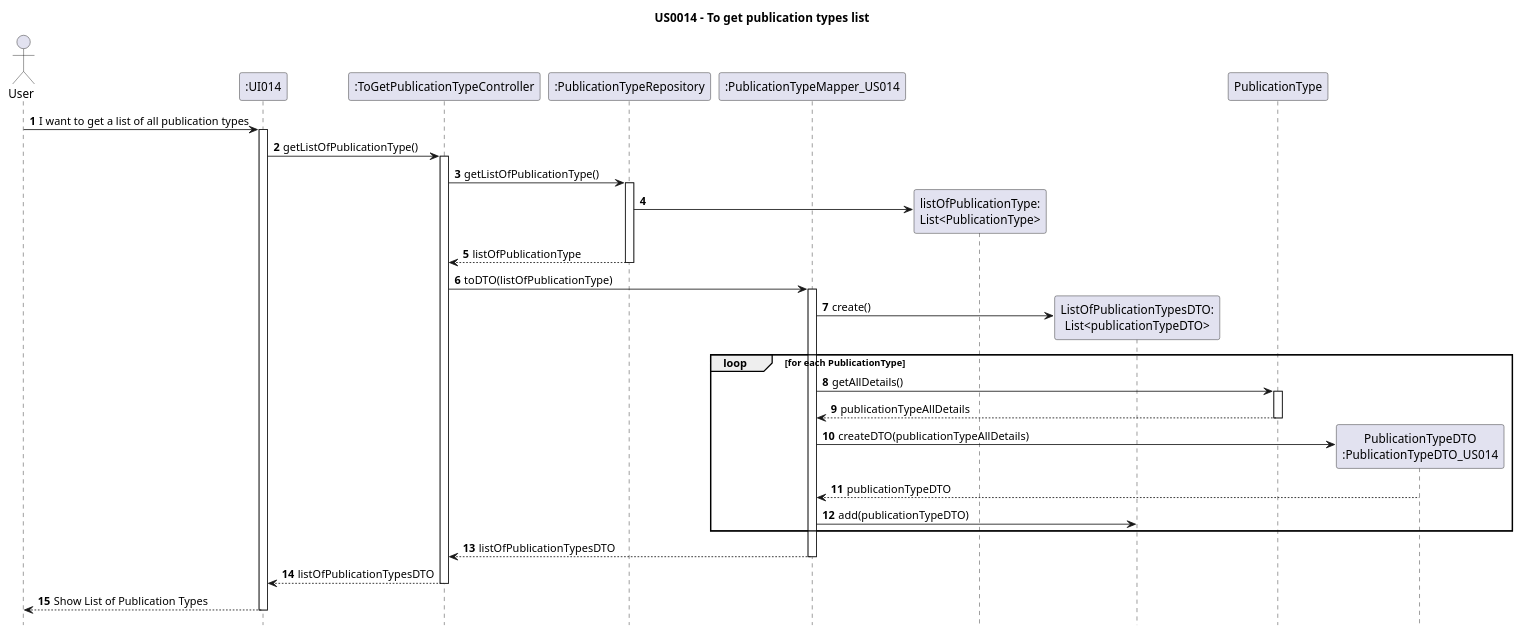
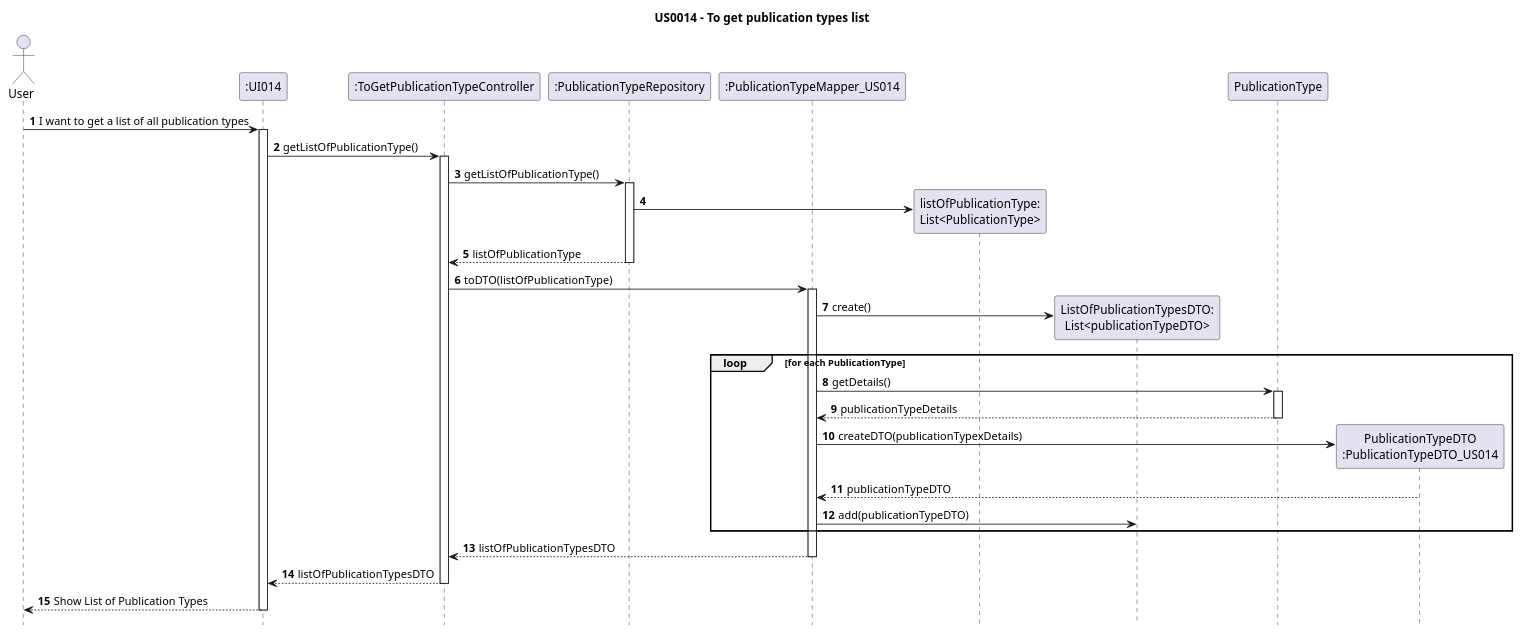
One commit to AndrePereiraGitH/SWitCH-Project-Team_A changed the diagram in Diagrams/SequenceDiagrams/N2/US014-to-get-publication-type-list.puml. Above: the diagram before and after it, drawn with PlantUML. The commit also changed 1 other file, not shown here.

```diff
--- a/Diagrams/SequenceDiagrams/N2/US014-to-get-publication-type-list.puml
+++ b/Diagrams/SequenceDiagrams/N2/US014-to-get-publication-type-list.puml
@@ -1,52 +1,52 @@
 @startuml
 autonumber
 hide footbox
 title US0014 - To get publication types list
 
 actor User
 participant ":UI014" as UI
 participant ":ToGetPublicationTypeController" as C
 participant ":PublicationTypeRepository" as PTR
 participant ":PublicationTypeMapper_US014" as PTM
 
 User -> UI : I want to get a list of all publication types
 activate UI
 
 UI -> C : getListOfPublicationType()
 activate C
 
 C -> PTR : getListOfPublicationType()
 activate PTR
 create "listOfPublicationType:\nList<PublicationType>" as LOPT
 PTR -> LOPT
 
 PTR --> C : listOfPublicationType
 deactivate PTR
 
 C -> PTM : toDTO(listOfPublicationType)
 activate PTM
 
 create "ListOfPublicationTypesDTO:\nList<publicationTypeDTO>" as listDTO
 PTM -> listDTO : create()
     loop for each PublicationType
-        PTM -> "PublicationType" : getAllDetails()
+        PTM -> "PublicationType" : getDetails()
         activate PublicationType
-        PublicationType --> PTM : publicationTypeAllDetails
+        PublicationType --> PTM : publicationTypeDetails
         deactivate PublicationType
         create "PublicationTypeDTO\n:PublicationTypeDTO_US014" as PTDTO
-        PTM -> PTDTO : createDTO(publicationTypeAllDetails)
+        PTM -> PTDTO : createDTO(publicationTypexDetails)
         PTDTO --> PTM : publicationTypeDTO
         PTM -> listDTO : add(publicationTypeDTO)
     end
 
 PTM --> C :listOfPublicationTypesDTO
 deactivate PTM
 
 C --> UI : listOfPublicationTypesDTO
 deactivate C
 
 UI --> User : Show List of Publication Types
 deactivate UI
 
 
 @enduml
```
